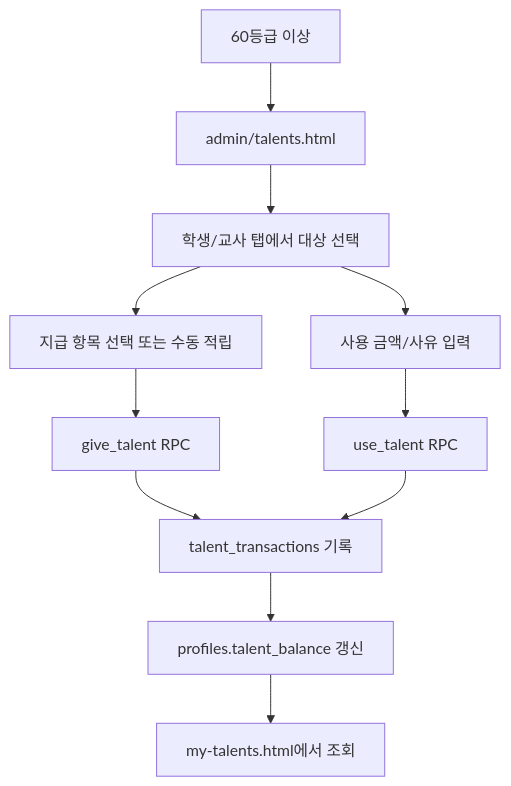
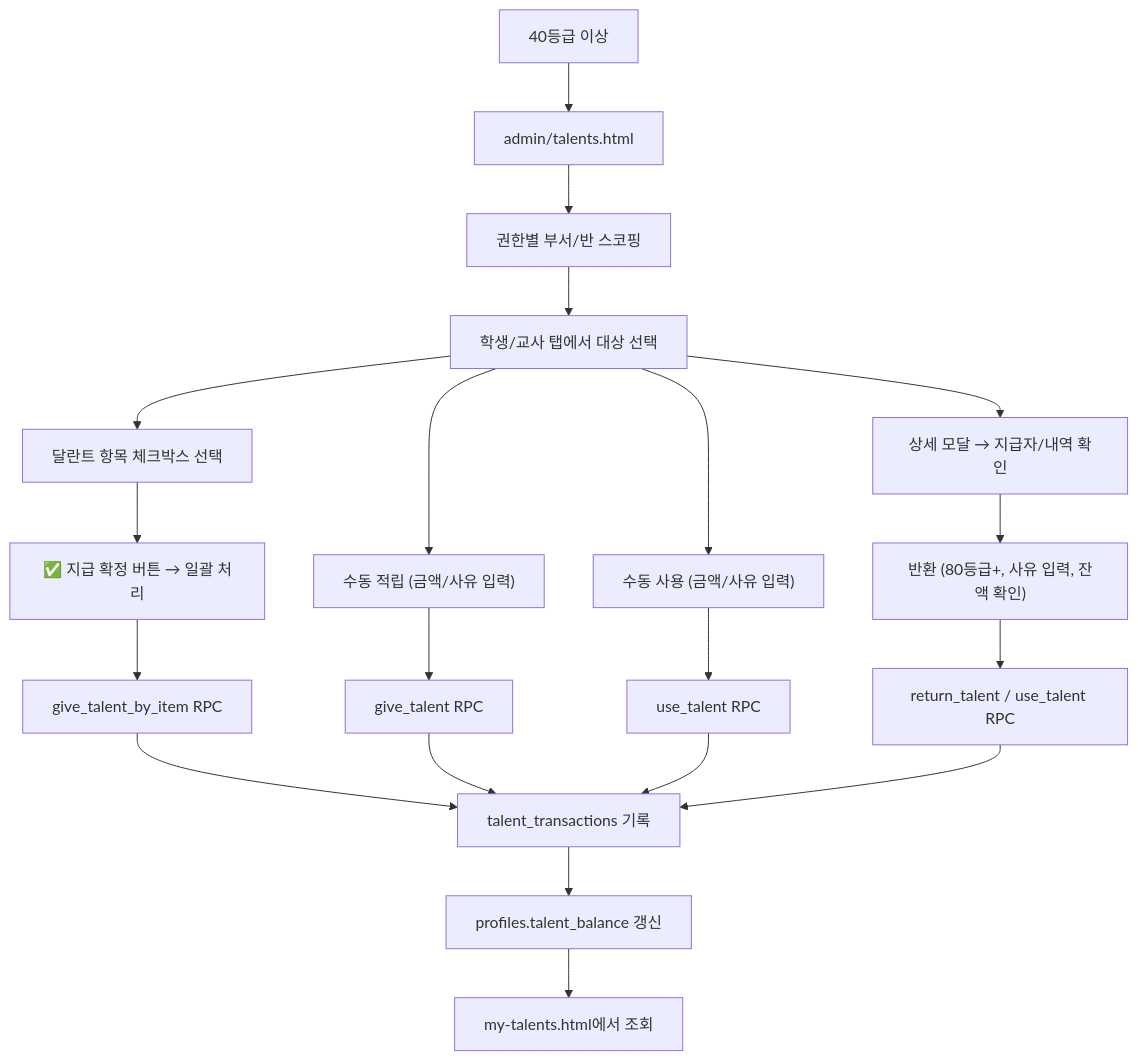
The seventh of 11 diagrams in docs/PROJECT_ARCHITECTURE_FLOW.md (CHO-Talents/CHO-Talents), drawn with Mermaid before and after one commit. The commit also changed other lines of this file and 2 other files, not shown here.

````diff
--- a/docs/PROJECT_ARCHITECTURE_FLOW.md
+++ b/docs/PROJECT_ARCHITECTURE_FLOW.md
@@ -206,13 +253,23 @@
 ```mermaid
 flowchart TD
-  Manager["60등급 이상"] --> TalentPage["admin/talents.html"]
-  TalentPage --> Target["학생/교사 탭에서 대상 선택"]
-  Target --> Earn["지급 항목 선택 또는 수동 적립"]
-  Target --> Use["사용 금액/사유 입력"]
-  Earn --> GiveRPC["give_talent RPC"]
-  Use --> UseRPC["use_talent RPC"]
+  Manager["40등급 이상"] --> TalentPage["admin/talents.html"]
+  TalentPage --> Scope["권한별 부서/반 스코핑"]
+  Scope --> Target["학생/교사 탭에서 대상 선택"]
+  Target --> ItemCheck["달란트 항목 체크박스 선택"]
+  Target --> ManualGive["수동 적립 (금액/사유 입력)"]
+  Target --> ManualUse["수동 사용 (금액/사유 입력)"]
+  ItemCheck --> Confirm["✅ 지급 확정 버튼 → 일괄 처리"]
+  Confirm --> GiveRPC["give_talent_by_item RPC"]
+  ManualGive --> GiveTalent["give_talent RPC"]
+  ManualUse --> UseTalent["use_talent RPC"]
   GiveRPC --> Tx["talent_transactions 기록"]
-  UseRPC --> Tx
+  GiveTalent --> Tx
+  UseTalent --> Tx
   Tx --> Balance["profiles.talent_balance 갱신"]
   Balance --> UserView["my-talents.html에서 조회"]
+
+  Target --> Detail["상세 모달 → 지급자/내역 확인"]
+  Detail --> Return["반환 (80등급+, 사유 입력, 잔액 확인)"]
+  Return --> ReturnRPC["return_talent / use_talent RPC"]
+  ReturnRPC --> Tx
 ```
````
